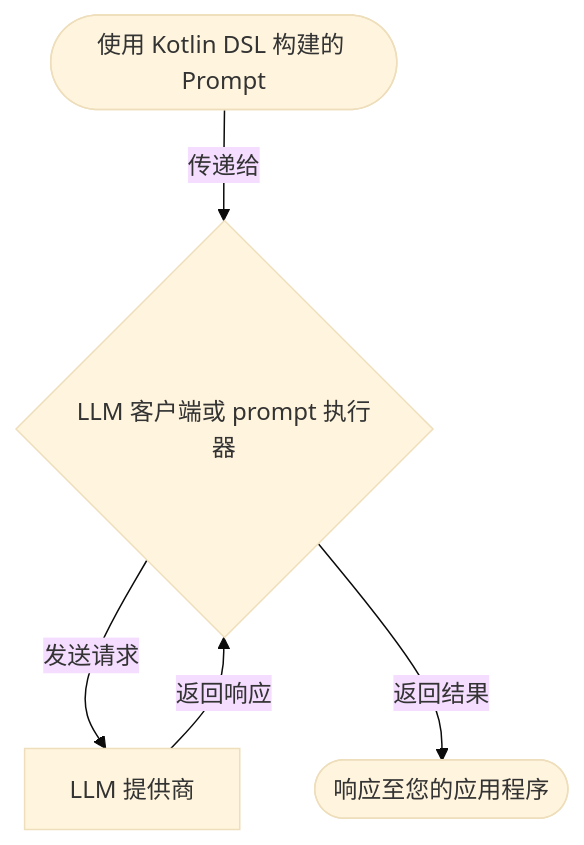
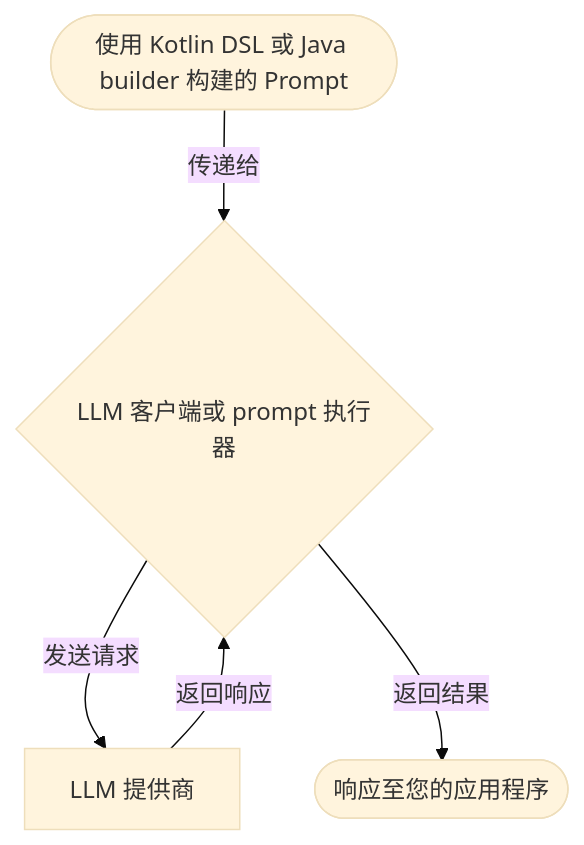
Before and after one commit to BinaryTape/Open-Docs: the first of 2 diagrams in docs/koog/prompts/index.md, drawn with Mermaid (base theme). The commit also changed other lines of this file and 818 other files, not shown here.

````diff
--- a/docs/koog/prompts/index.md
+++ b/docs/koog/prompts/index.md
@@ -39,12 +60,12 @@
 ```mermaid
 flowchart TB
-    A([使用 Kotlin DSL 构建的 Prompt])
+    A([使用 Kotlin DSL 或 Java builder 构建的 Prompt])
     B{LLM 客户端或 prompt 执行器}
     C[LLM 提供商]
     D([响应至您的应用程序])
 
     A -->|"传递给"| B
     B -->|"发送请求"| C
     C -->|"返回响应"| B
     B -->|"返回结果"| D
 ```
````
